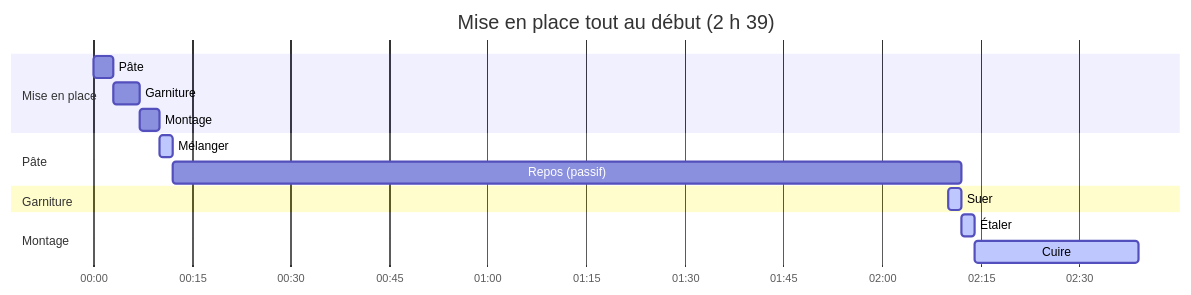
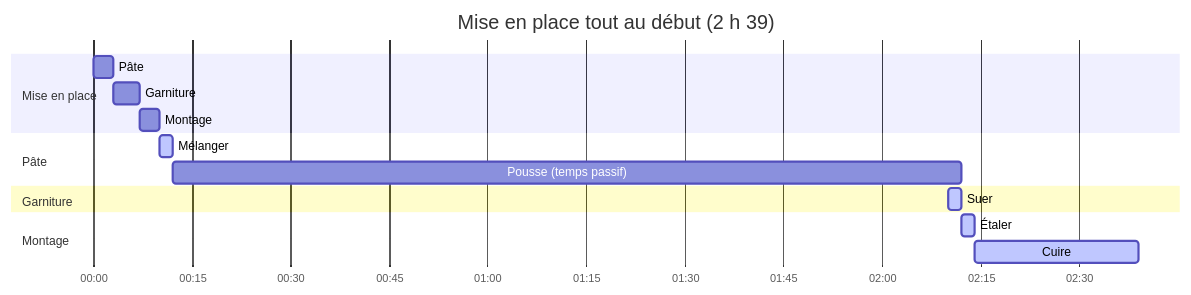
The fourth of 5 diagrams in packages/docs/src/content/docs/fr/docs/explanation/alap-scheduling.mdx (gram-lang/gram), drawn with Mermaid before and after one commit. The commit also changed other lines of this file and 126 other files, not shown here.

````diff
--- a/packages/docs/src/content/docs/fr/docs/explanation/alap-scheduling.mdx
+++ b/packages/docs/src/content/docs/fr/docs/explanation/alap-scheduling.mdx
@@ -121,19 +122,19 @@
 ```mermaid
 gantt
     title Mise en place tout au début (2 h 39)
     dateFormat  HH:mm
     axisFormat %H:%M
     todayMarker off
     section Mise en place
     Pâte                              : p1, 00:00, 3m
     Garniture                         : p2, 00:03, 4m
     Montage                           : p3, 00:07, 3m
     section Pâte
     Mélanger                          : active, a1, 00:10, 2m
-    Repos (passif)                    : r1, 00:12, 120m
+    Pousse (temps passif)             : r1, 00:12, 120m
     section Garniture
     Suer                              : active, a2, 02:10, 2m
     section Montage
     Étaler                            : active, a3, 02:12, 2m
     Cuire                             : active, a4, 02:14, 25m
 ```
````
